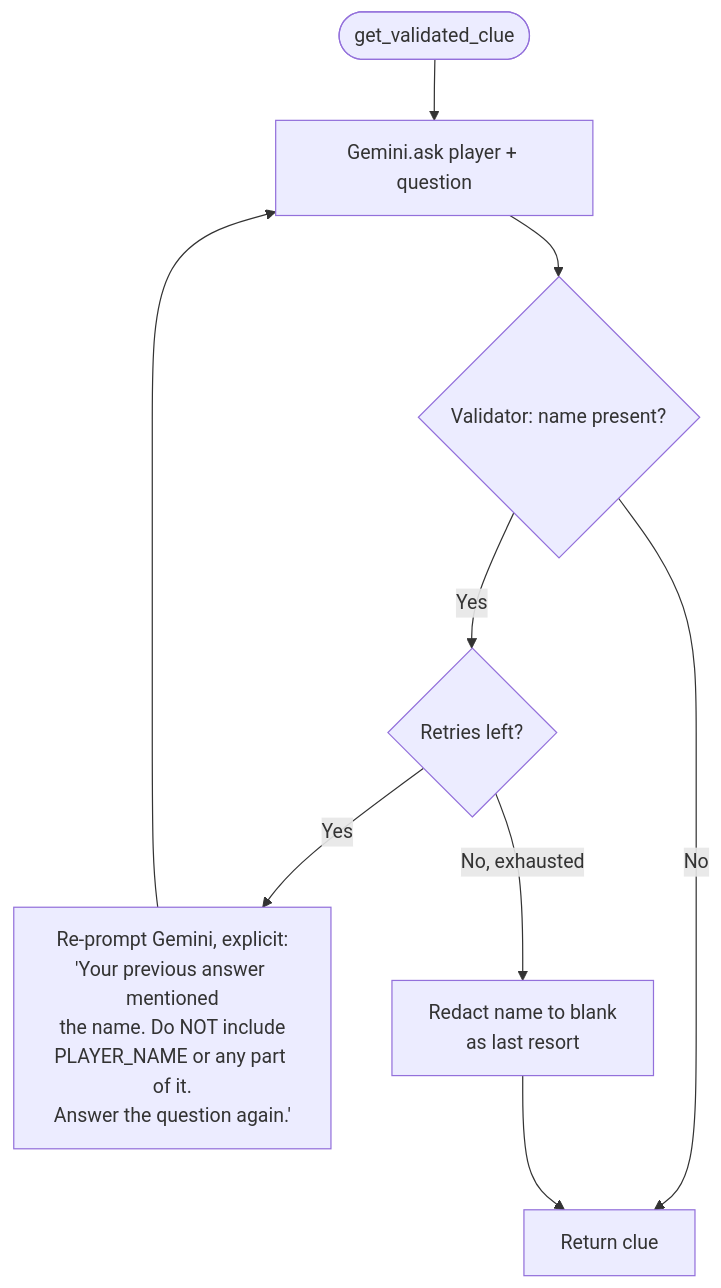
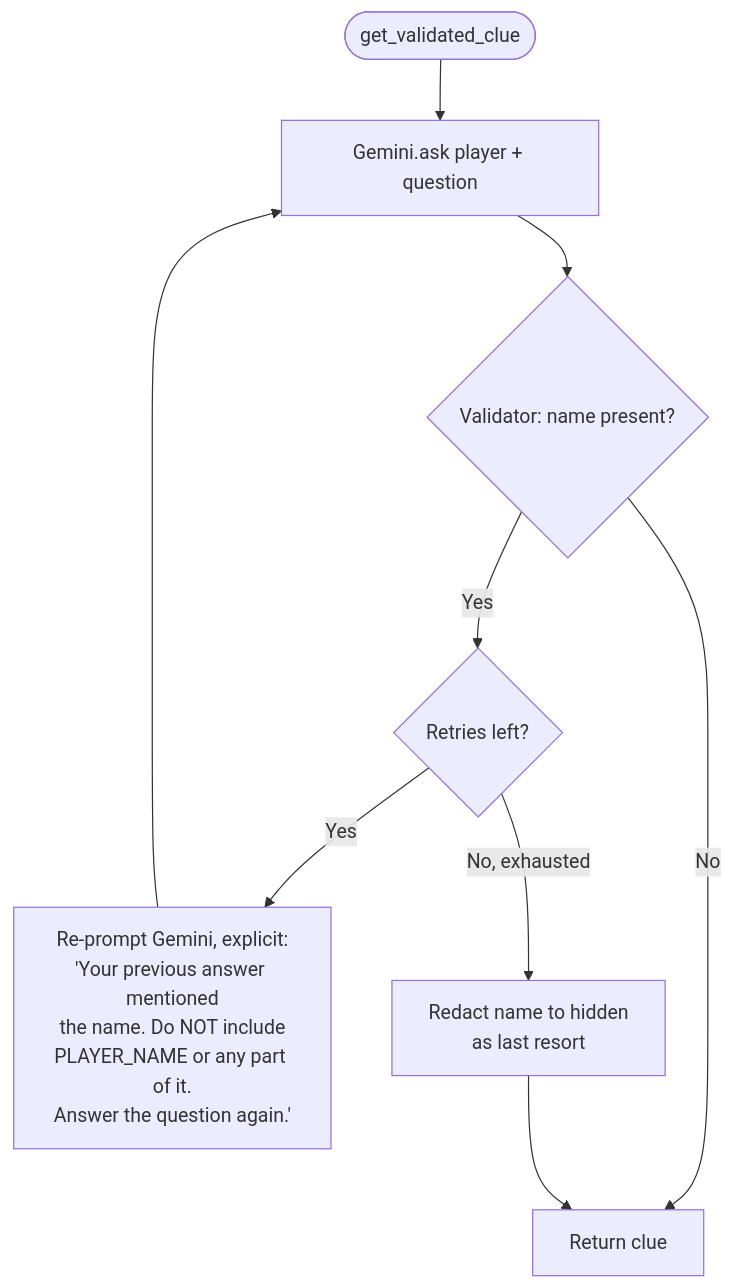
The fourth of 4 diagrams in Design.md (yang1571339186-creator/DJ-You-Recommender), drawn with Mermaid before and after one commit. The commit also changed other lines of this file and 1 other file, not shown here.

````diff
--- a/Design.md
+++ b/Design.md
@@ -130,14 +198,14 @@
 ```mermaid
 flowchart TD
     Start([get_validated_clue]) --> Ask[Gemini.ask player + question]
     Ask --> Check{Validator: name present?}
 
     Check -->|No| Ok[Return clue]
     Check -->|Yes| Count{Retries left?}
 
     Count -->|Yes| Correct[Re-prompt Gemini, explicit:<br/>'Your previous answer mentioned<br/>the name. Do NOT include<br/>PLAYER_NAME or any part of it.<br/>Answer the question again.']
     Correct --> Ask
 
-    Count -->|No, exhausted| Fallback[Redact name to blank<br/>as last resort]
+    Count -->|No, exhausted| Fallback[Redact name to hidden<br/>as last resort]
     Fallback --> Ok
 ```
````
